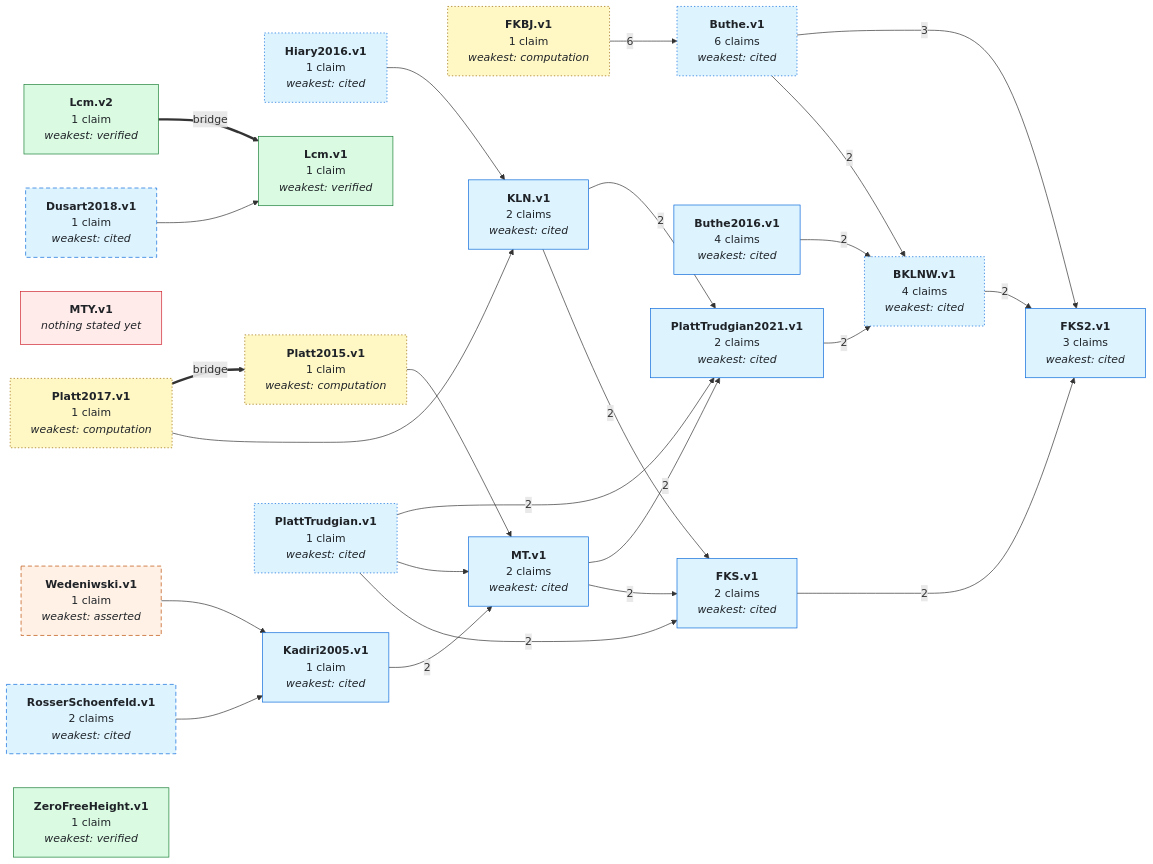
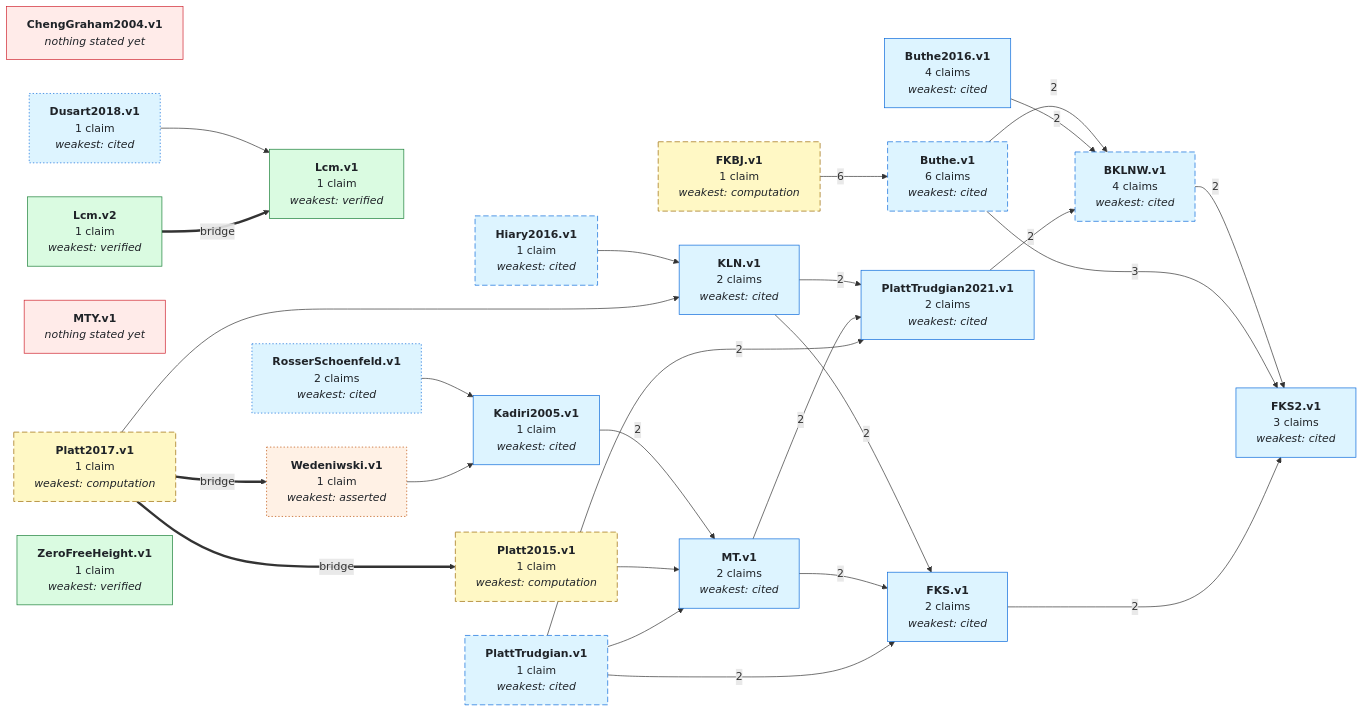
Before and after one commit to teorth/IEANTN: the first of 2 diagrams in GRAPH.md, drawn with Mermaid. The commit also changed other lines of this file and 17 other files, not shown here.

```diff
--- a/GRAPH.md
+++ b/GRAPH.md
@@ -45,6 +45,7 @@
   NBKLNW_v1["<b>BKLNW.v1</b><br/>4 claims<br/><i>weakest: cited</i>"]
   NButhe_v1["<b>Buthe.v1</b><br/>6 claims<br/><i>weakest: cited</i>"]
   NButhe2016_v1["<b>Buthe2016.v1</b><br/>4 claims<br/><i>weakest: cited</i>"]
+  NChengGraham2004_v1["<b>ChengGraham2004.v1</b><br/><i>nothing stated yet</i>"]
   NDusart2018_v1["<b>Dusart2018.v1</b><br/>1 claim<br/><i>weakest: cited</i>"]
   NFKBJ_v1["<b>FKBJ.v1</b><br/>1 claim<br/><i>weakest: computation</i>"]
   NFKS_v1["<b>FKS.v1</b><br/>2 claims<br/><i>weakest: cited</i>"]
@@ -86,17 +87,18 @@
   NWedeniwski_v1 --> NKadiri2005_v1
   NLcm_v2 ==>|bridge| NLcm_v1
   NPlatt2017_v1 ==>|bridge| NPlatt2015_v1
-  style NBKLNW_v1 stroke-dasharray: 2 3;
-  style NButhe_v1 stroke-dasharray: 2 3;
-  style NDusart2018_v1 stroke-dasharray: 6 4;
-  style NFKBJ_v1 stroke-dasharray: 2 3;
-  style NHiary2016_v1 stroke-dasharray: 2 3;
-  style NPlatt2015_v1 stroke-dasharray: 2 3;
-  style NPlatt2017_v1 stroke-dasharray: 2 3;
-  style NPlattTrudgian_v1 stroke-dasharray: 2 3;
-  style NRosserSchoenfeld_v1 stroke-dasharray: 6 4;
-  style NWedeniwski_v1 stroke-dasharray: 6 4;
-  class NMTY_v1 none_yet;
+  NPlatt2017_v1 ==>|bridge| NWedeniwski_v1
+  style NBKLNW_v1 stroke-dasharray: 8 4;
+  style NButhe_v1 stroke-dasharray: 8 4;
+  style NDusart2018_v1 stroke-dasharray: 2 3;
+  style NFKBJ_v1 stroke-dasharray: 8 4;
+  style NHiary2016_v1 stroke-dasharray: 8 4;
+  style NPlatt2015_v1 stroke-dasharray: 8 4;
+  style NPlatt2017_v1 stroke-dasharray: 8 4;
+  style NPlattTrudgian_v1 stroke-dasharray: 8 4;
+  style NRosserSchoenfeld_v1 stroke-dasharray: 2 3;
+  style NWedeniwski_v1 stroke-dasharray: 2 3;
+  class NChengGraham2004_v1,NMTY_v1 none_yet;
   class NWedeniwski_v1 asserted;
   class NBKLNW_v1,NButhe_v1,NButhe2016_v1,NDusart2018_v1,NFKS_v1,NFKS2_v1,NHiary2016_v1,NKLN_v1,NKadiri2005_v1,NMT_v1,NPlattTrudgian_v1,NPlattTrudgian2021_v1,NRosserSchoenfeld_v1 literature;
   class NFKBJ_v1,NPlatt2015_v1,NPlatt2017_v1 numerical;
```
